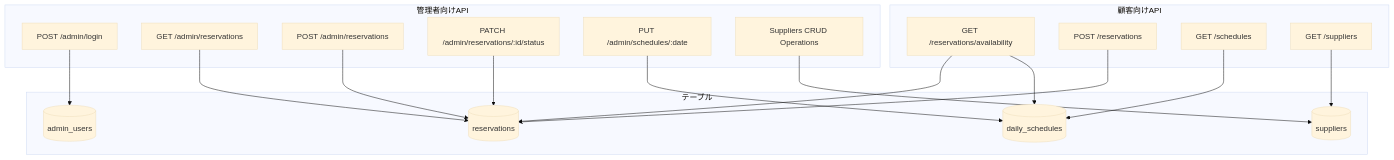
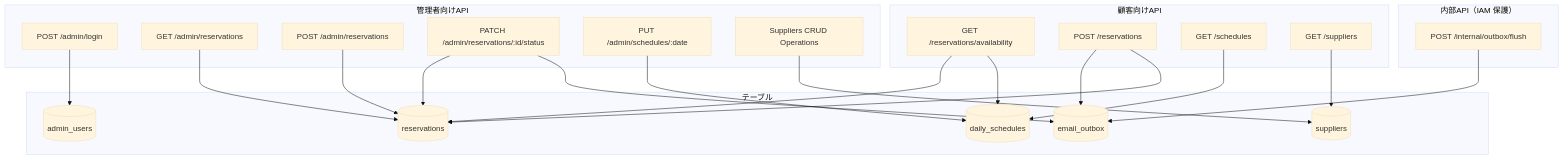
The seventh of 9 diagrams in docs/data_flow.md (cergijame101007/satehits), drawn with Mermaid (base theme) before and after one commit. The commit also changed other lines of this file, not shown here.

Commit message:
docs: data_flow.md のメール送信を email_outbox と Dispatcher 経由に合わせる

````diff
--- a/docs/data_flow.md
+++ b/docs/data_flow.md
@@ -213,38 +224,46 @@
 ```mermaid
 flowchart TB
     subgraph CustomerAPI[顧客向けAPI]
         GetAvailability[GET /reservations/availability]
         CreateReservation[POST /reservations]
         GetSchedules[GET /schedules]
         GetSuppliers[GET /suppliers]
     end
 
     subgraph AdminAPI[管理者向けAPI]
         Login[POST /admin/login]
         GetReservations[GET /admin/reservations]
         CreateByAdmin[POST /admin/reservations]
         UpdateStatus[PATCH /admin/reservations/:id/status]
         SetSchedule[PUT /admin/schedules/:date]
         ManageSuppliers[Suppliers CRUD Operations]
     end
 
     subgraph Tables[テーブル]
         ReservationsTable[(reservations)]
         SchedulesTable[(daily_schedules)]
         SuppliersTable[(suppliers)]
         AdminUsersTable[(admin_users)]
+        OutboxTable[(email_outbox)]
+    end
+
+    subgraph InternalAPI[内部API（IAM 保護）]
+        FlushOutbox[POST /internal/outbox/flush]
     end
 
     GetAvailability --> SchedulesTable
     GetAvailability --> ReservationsTable
     CreateReservation --> ReservationsTable
+    CreateReservation --> OutboxTable
+    UpdateStatus --> OutboxTable
+    FlushOutbox --> OutboxTable
     GetSchedules --> SchedulesTable
     GetSuppliers --> SuppliersTable
 
     Login --> AdminUsersTable
     GetReservations --> ReservationsTable
     CreateByAdmin --> ReservationsTable
     UpdateStatus --> ReservationsTable
     SetSchedule --> SchedulesTable
     ManageSuppliers --> SuppliersTable
 ```
````
